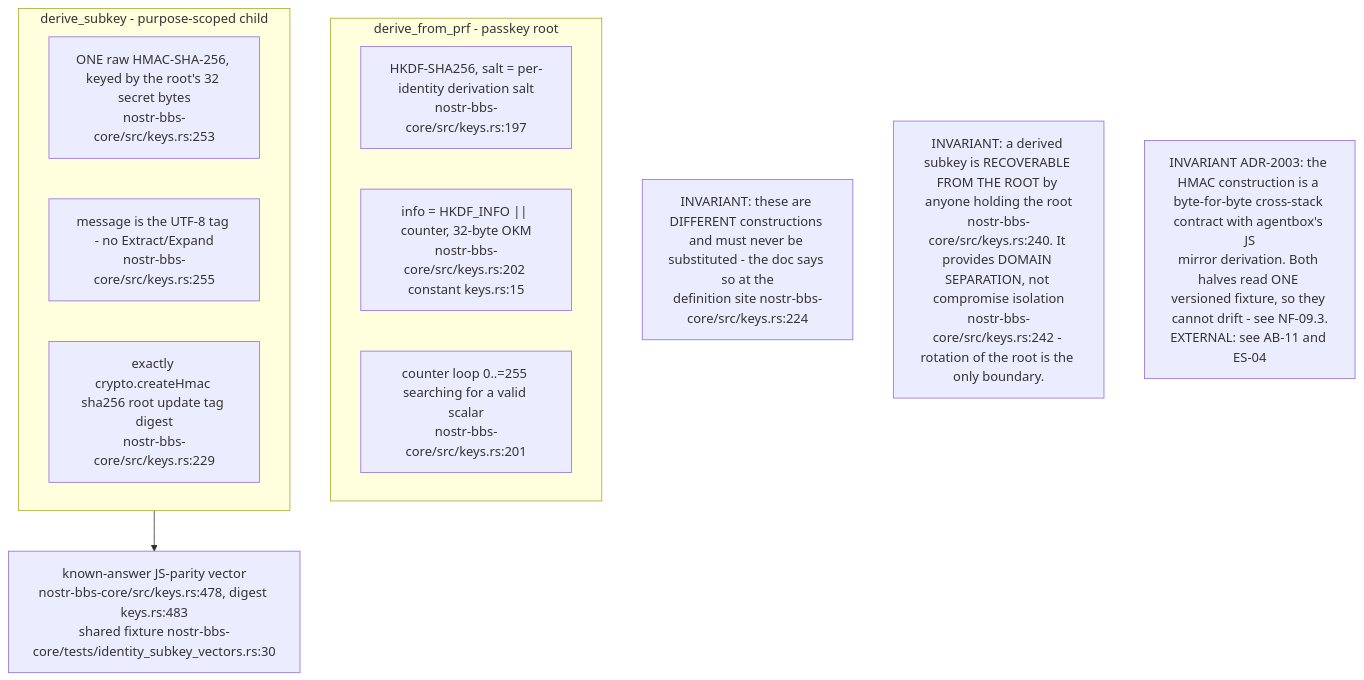
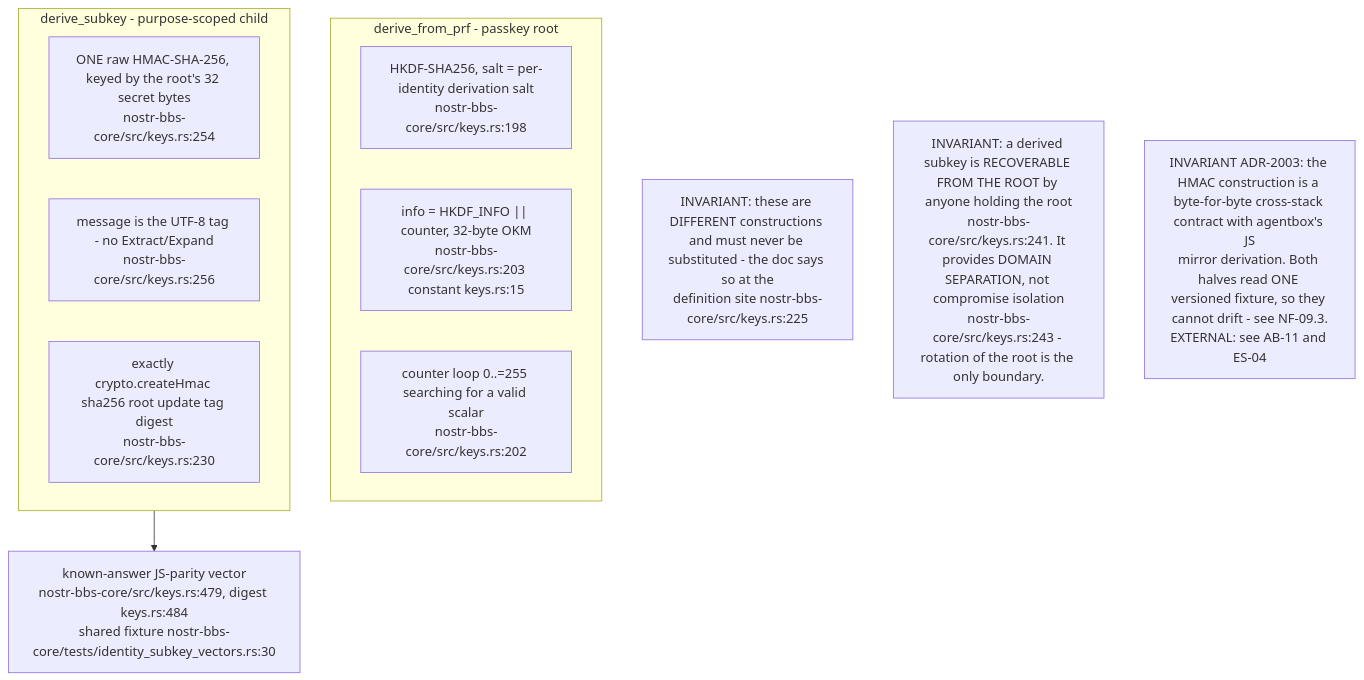
One commit to DreamLab-AI/VisionFlow changed the third of 10 diagrams in docs/diagrams/nostr-rust-forum/12-core-wire-crypto-and-federation-envelope.md. Above: the diagram before and after it, drawn with Mermaid. The commit also changed other lines of this file and 151 other files, not shown here.

````diff
--- a/docs/diagrams/nostr-rust-forum/12-core-wire-crypto-and-federation-envelope.md
+++ b/docs/diagrams/nostr-rust-forum/12-core-wire-crypto-and-federation-envelope.md
@@ -125,20 +125,20 @@
 ```mermaid
 flowchart TB
     subgraph prf["derive_from_prf - passkey root"]
-        P1["HKDF-SHA256, salt = per-identity derivation salt<br/>nostr-bbs-core/src/keys.rs:197"]
-        P2["info = HKDF_INFO || counter, 32-byte OKM<br/>nostr-bbs-core/src/keys.rs:202 constant keys.rs:15"]
-        P3["counter loop 0..=255 searching for a valid scalar<br/>nostr-bbs-core/src/keys.rs:201"]
+        P1["HKDF-SHA256, salt = per-identity derivation salt<br/>nostr-bbs-core/src/keys.rs:198"]
+        P2["info = HKDF_INFO || counter, 32-byte OKM<br/>nostr-bbs-core/src/keys.rs:203 constant keys.rs:15"]
+        P3["counter loop 0..=255 searching for a valid scalar<br/>nostr-bbs-core/src/keys.rs:202"]
     end
     subgraph sub["derive_subkey - purpose-scoped child"]
-        S1["ONE raw HMAC-SHA-256, keyed by the root's 32 secret bytes<br/>nostr-bbs-core/src/keys.rs:253"]
-        S2["message is the UTF-8 tag - no Extract/Expand<br/>nostr-bbs-core/src/keys.rs:255"]
-        S3["exactly crypto.createHmac sha256 root update tag digest<br/>nostr-bbs-core/src/keys.rs:229"]
+        S1["ONE raw HMAC-SHA-256, keyed by the root's 32 secret bytes<br/>nostr-bbs-core/src/keys.rs:254"]
+        S2["message is the UTF-8 tag - no Extract/Expand<br/>nostr-bbs-core/src/keys.rs:256"]
+        S3["exactly crypto.createHmac sha256 root update tag digest<br/>nostr-bbs-core/src/keys.rs:230"]
     end
-    KAT["known-answer JS-parity vector<br/>nostr-bbs-core/src/keys.rs:478, digest keys.rs:483<br/>shared fixture nostr-bbs-core/tests/identity_subkey_vectors.rs:30"]
+    KAT["known-answer JS-parity vector<br/>nostr-bbs-core/src/keys.rs:479, digest keys.rs:484<br/>shared fixture nostr-bbs-core/tests/identity_subkey_vectors.rs:30"]
 
     sub --> KAT
 
-    N1["INVARIANT: these are DIFFERENT constructions and must never be substituted - the doc says so at the<br/>definition site nostr-bbs-core/src/keys.rs:224"]
-    N2["INVARIANT: a derived subkey is RECOVERABLE FROM THE ROOT by anyone holding the root<br/>nostr-bbs-core/src/keys.rs:240. It provides DOMAIN SEPARATION, not compromise isolation<br/>nostr-bbs-core/src/keys.rs:242 - rotation of the root is the only boundary."]
+    N1["INVARIANT: these are DIFFERENT constructions and must never be substituted - the doc says so at the<br/>definition site nostr-bbs-core/src/keys.rs:225"]
+    N2["INVARIANT: a derived subkey is RECOVERABLE FROM THE ROOT by anyone holding the root<br/>nostr-bbs-core/src/keys.rs:241. It provides DOMAIN SEPARATION, not compromise isolation<br/>nostr-bbs-core/src/keys.rs:243 - rotation of the root is the only boundary."]
     N3["INVARIANT ADR-2003: the HMAC construction is a byte-for-byte cross-stack contract with agentbox's JS<br/>mirror derivation. Both halves read ONE versioned fixture, so they cannot drift - see NF-09.3.<br/>EXTERNAL: see AB-11 and ES-04"]
 ```
````
